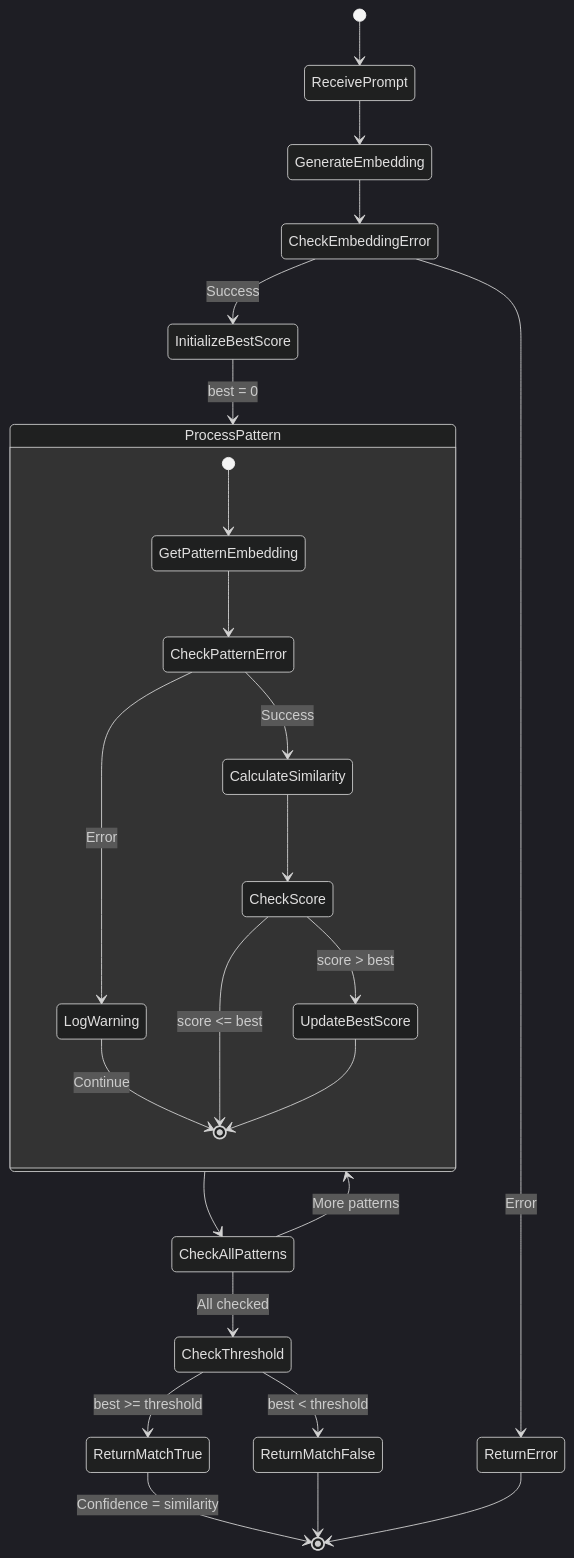
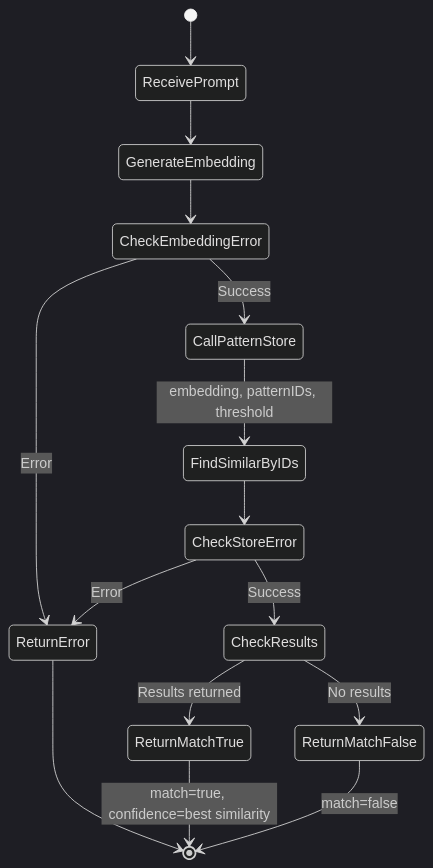
Diagram 14 of 19 in docs/design/routing-engine.md (twistingmercury/mnemonic-mcp), drawn with Mermaid (dark theme) before and after one commit. The commit also changed other lines of this file and 1 other file, not shown here.

Commit message:
explicitly stated the cosine similarity searches are performed by vector db

````diff
--- a/docs/design/routing-engine.md
+++ b/docs/design/routing-engine.md
@@ -841,44 +851,25 @@
 ```mermaid
 stateDiagram-v2
     [*] --> ReceivePrompt
     ReceivePrompt --> GenerateEmbedding
     GenerateEmbedding --> CheckEmbeddingError
 
     state CheckEmbeddingError <<choice>>
     CheckEmbeddingError --> ReturnError: Error
-    CheckEmbeddingError --> InitializeBestScore: Success
+    CheckEmbeddingError --> CallPatternStore: Success
 
-    InitializeBestScore --> ProcessPattern: best = 0
+    CallPatternStore --> FindSimilarByIDs: embedding, patternIDs, threshold
+    FindSimilarByIDs --> CheckStoreError
 
-    state ProcessPattern {
-        [*] --> GetPatternEmbedding
-        GetPatternEmbedding --> CheckPatternError
+    state CheckStoreError <<choice>>
+    CheckStoreError --> ReturnError: Error
+    CheckStoreError --> CheckResults: Success
 
-        state CheckPatternError <<choice>>
-        CheckPatternError --> LogWarning: Error
-        CheckPatternError --> CalculateSimilarity: Success
+    state CheckResults <<choice>>
+    CheckResults --> ReturnMatchTrue: Results returned
+    CheckResults --> ReturnMatchFalse: No results
 
-        LogWarning --> [*]: Continue
-        CalculateSimilarity --> CheckScore
-
-        state CheckScore <<choice>>
-        CheckScore --> UpdateBestScore: score > best
-        CheckScore --> [*]: score <= best
-
-        UpdateBestScore --> [*]
-    }
-
-    ProcessPattern --> CheckAllPatterns
-
-    state CheckAllPatterns <<choice>>
-    CheckAllPatterns --> ProcessPattern: More patterns
-    CheckAllPatterns --> CheckThreshold: All checked
-
-    state CheckThreshold <<choice>>
-    CheckThreshold --> ReturnMatchTrue: best >= threshold
-    CheckThreshold --> ReturnMatchFalse: best < threshold
-
-    ReturnMatchTrue --> [*]: Confidence = similarity
-    ReturnMatchFalse --> [*]
+    ReturnMatchTrue --> [*]: match=true, confidence=best similarity
+    ReturnMatchFalse --> [*]: match=false
     ReturnError --> [*]
 ```
````
